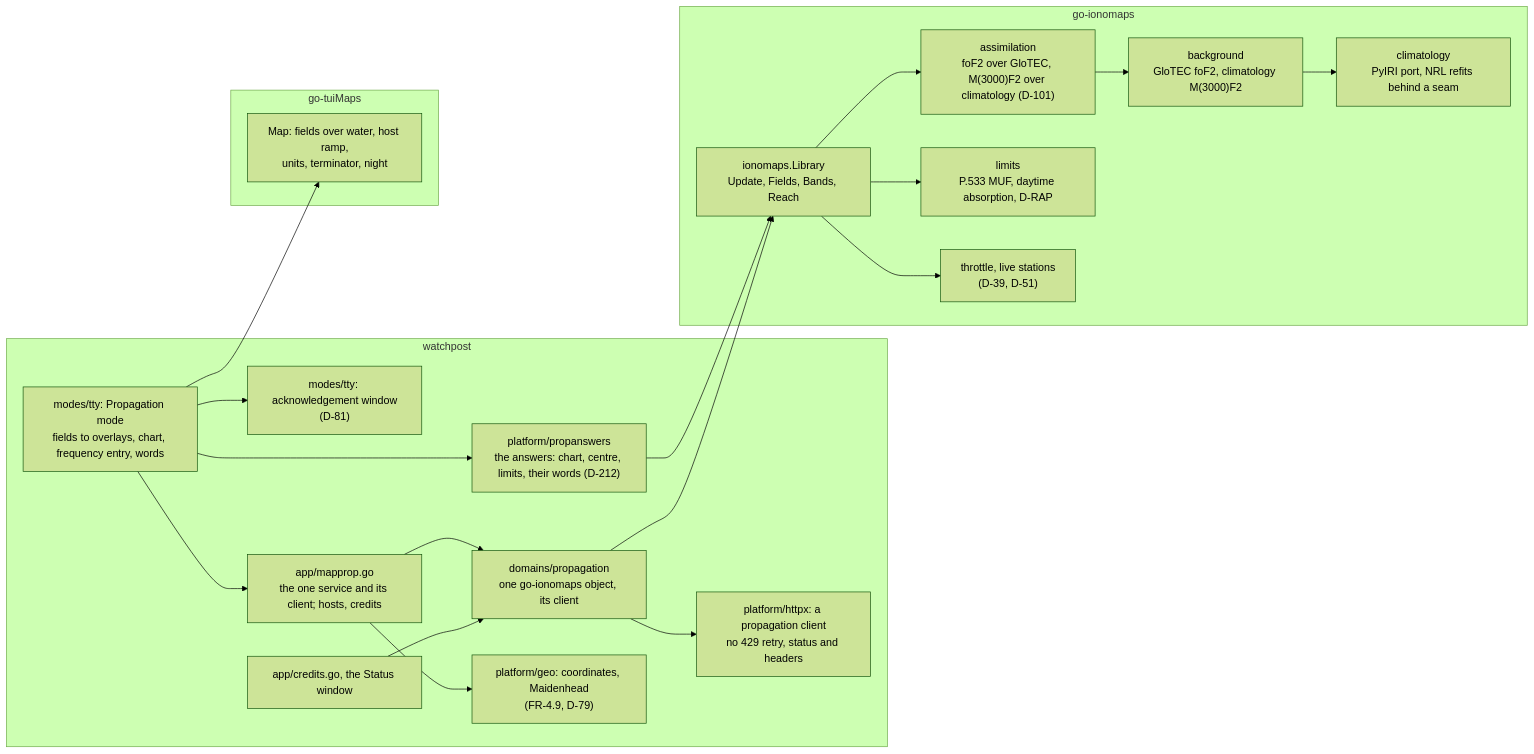
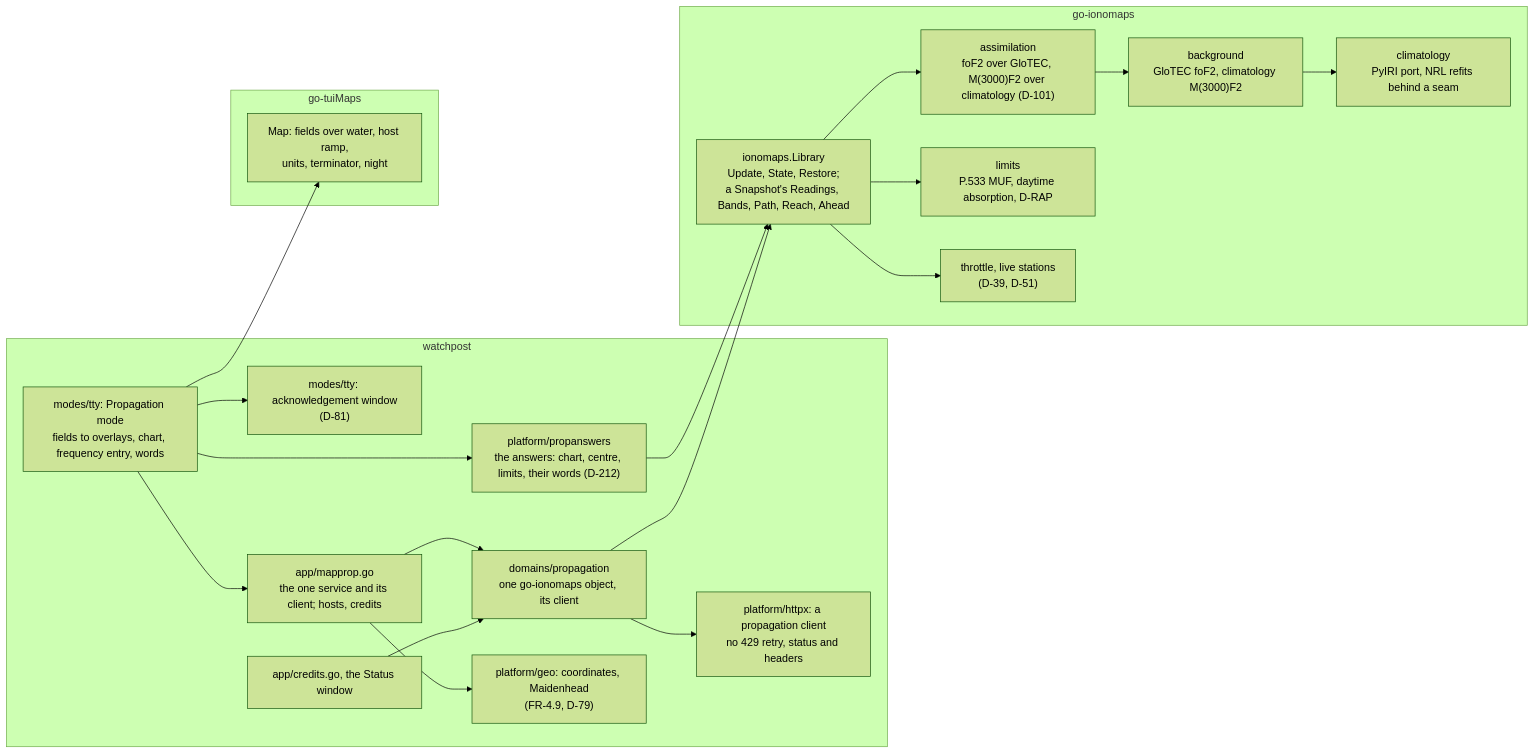
One commit to branden-thompson/watchpost changed the first of 2 diagrams in 06_docs/02_features/propagation-overlays/03-architecture-design/architecture.md. Above: the diagram before and after it, drawn with Mermaid (forest theme). The commit also changed other lines of this file and 82 other files, not shown here.

````diff
--- a/06_docs/02_features/propagation-overlays/03-architecture-design/architecture.md
+++ b/06_docs/02_features/propagation-overlays/03-architecture-design/architecture.md
@@ -30,38 +30,38 @@
 ```mermaid
 flowchart LR
   subgraph watchpost
     MODE["modes/tty: Propagation mode<br/>fields to overlays, chart, frequency entry, words"]
     ACK["modes/tty: acknowledgement window<br/>(D-81)"]
     ANS["platform/propanswers<br/>the answers: chart, centre, limits, their words (D-212)"]
     APP["app/mapprop.go<br/>the one service and its client; hosts, credits"]
     DOM["domains/propagation<br/>one go-ionomaps object, its client"]
     GEO["platform/geo: coordinates, Maidenhead<br/>(FR-4.9, D-79)"]
     HTTPX["platform/httpx: a propagation client<br/>no 429 retry, status and headers"]
     CRED["app/credits.go, the Status window"]
   end
   subgraph go-ionomaps
-    LIB["ionomaps.Library<br/>Update, Fields, Bands, Reach"]
+    LIB["ionomaps.Library<br/>Update, State, Restore;<br/>a Snapshot's Readings, Bands, Path, Reach, Ahead"]
     ASSIM["assimilation<br/>foF2 over GloTEC, M(3000)F2 over climatology (D-101)"]
     BG["background<br/>GloTEC foF2, climatology M(3000)F2"]
     CLIM["climatology<br/>PyIRI port, NRL refits behind a seam"]
     LIM["limits<br/>P.533 MUF, daytime absorption, D-RAP"]
     THR["throttle, live stations<br/>(D-39, D-51)"]
   end
   subgraph go-tuiMaps
     MAP["Map: fields over water, host ramp,<br/>units, terminator, night"]
   end
   MODE --> ACK
   MODE --> APP
   MODE --> ANS
   MODE --> MAP
   ANS --> LIB
   APP --> DOM
   APP --> GEO
   DOM --> LIB
   DOM --> HTTPX
   LIB --> ASSIM --> BG
   BG --> CLIM
   LIB --> LIM
   LIB --> THR
   CRED --> DOM
 ```
````
